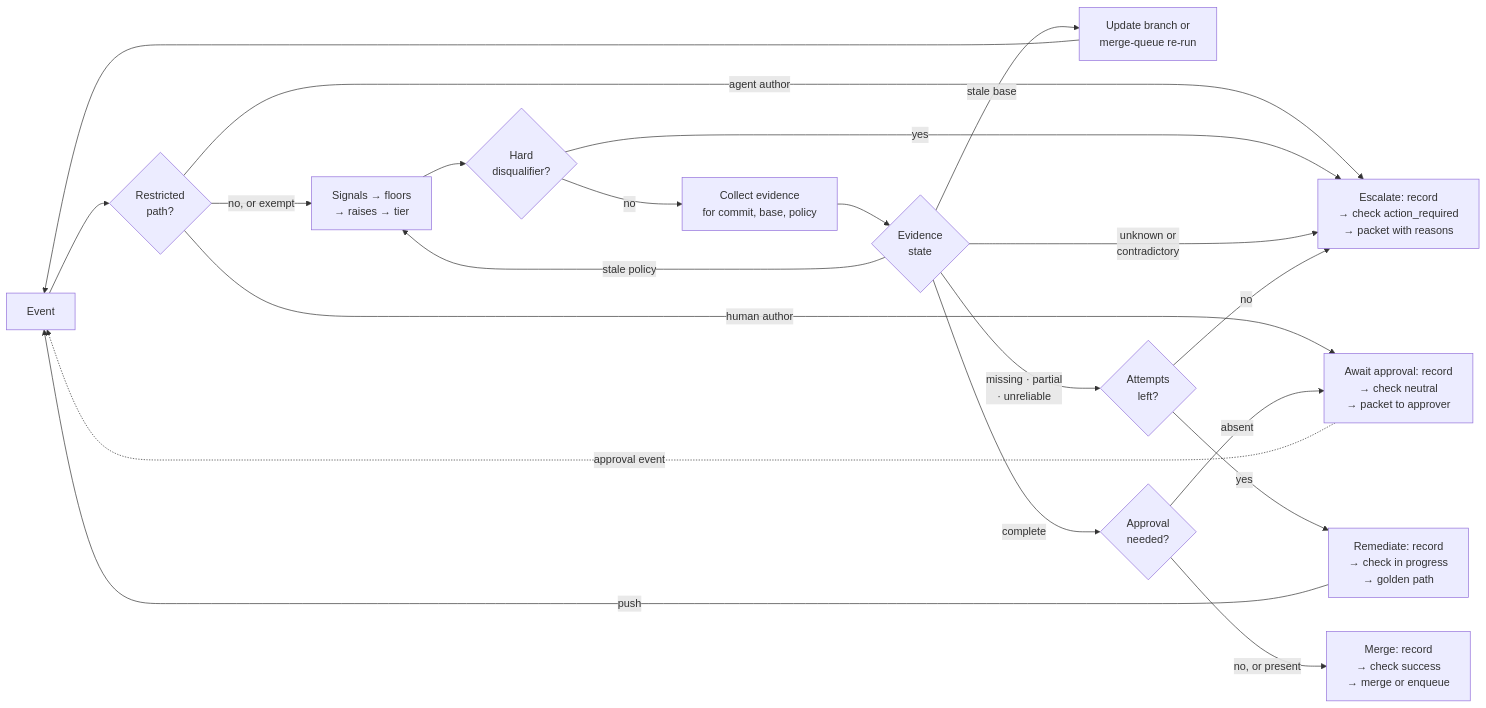
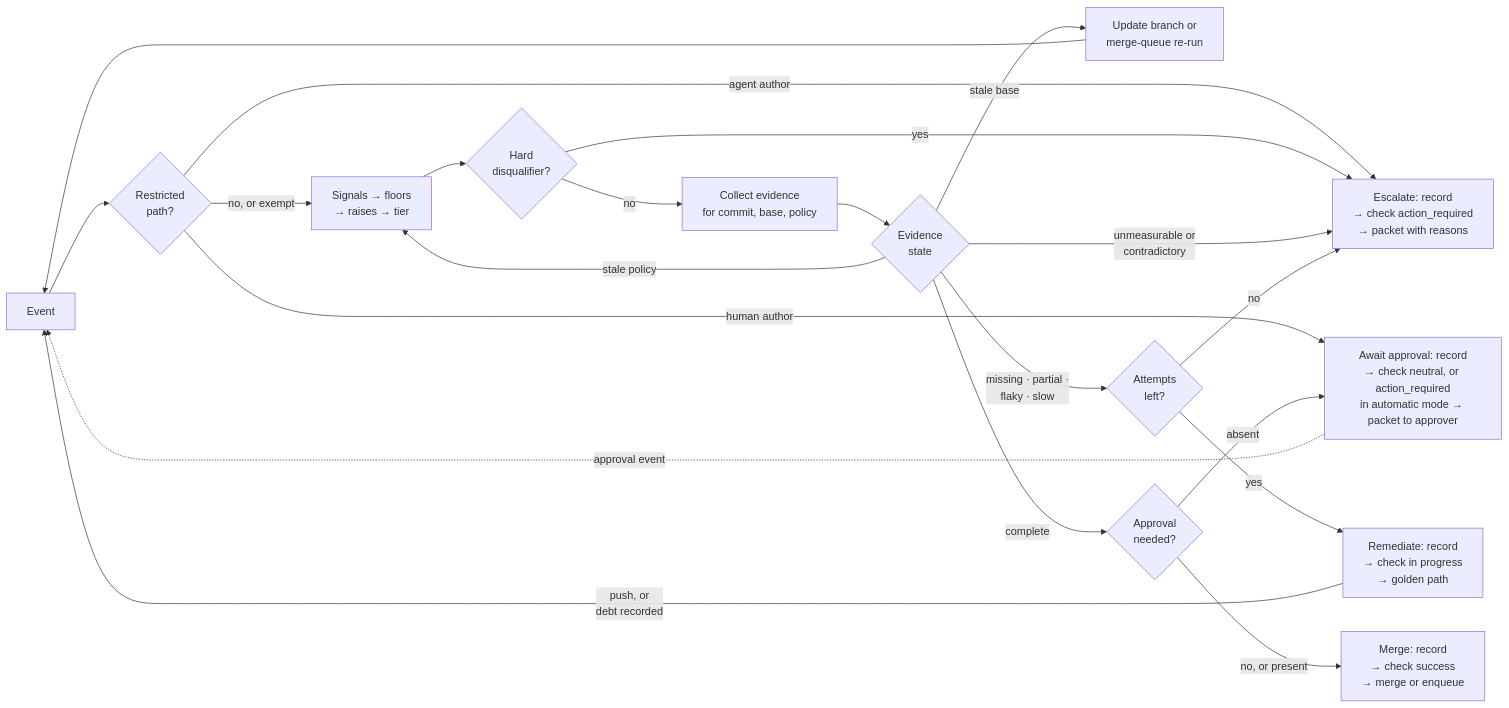
Before and after one commit to guyoron1/fullsend: the second of 3 diagrams in docs/proposals/aisdlc-97-architecture-proposal.md, drawn with Mermaid. The commit also changed other lines of this file, not shown here.

First line of the commit message:
docs: tighten the AISDLC-97 architecture proposal to nine pages

````diff
--- a/docs/proposals/aisdlc-97-architecture-proposal.md
+++ b/docs/proposals/aisdlc-97-architecture-proposal.md
@@ -252,22 +218,22 @@
 ```mermaid
 flowchart LR
   E[Event] --> A{Restricted<br/>path?}
   A -- agent author --> X
   A -- human author --> W
   A -- no, or exempt --> B[Signals → floors<br/>→ raises → tier]
   B --> C{Hard<br/>disqualifier?}
   C -- yes --> X
   C -- no --> D[Collect evidence<br/>for commit, base, policy]
   D --> S{Evidence<br/>state}
   S -- stale base --> U[Update branch or<br/>merge-queue re-run] --> E
   S -- stale policy --> B
-  S -- unknown or<br/>contradictory --> X
-  S -- missing · partial<br/>· unreliable --> R{Attempts<br/>left?}
-  R -- yes --> F[Remediate: record<br/>→ check in progress<br/>→ golden path] -- push --> E
+  S -- unmeasurable or<br/>contradictory --> X
+  S -- missing · partial ·<br/>flaky · slow --> R{Attempts<br/>left?}
+  R -- yes --> F[Remediate: record<br/>→ check in progress<br/>→ golden path] -- push, or<br/>debt recorded --> E
   R -- no --> X
   S -- complete --> T{Approval<br/>needed?}
   T -- no, or present --> M[Merge: record<br/>→ check success<br/>→ merge or enqueue]
-  T -- absent --> W[Await approval: record<br/>→ check neutral<br/>→ packet to approver]
+  T -- absent --> W[Await approval: record<br/>→ check neutral, or action_required<br/>in automatic mode → packet to approver]
   W -. approval event .-> E
   X[Escalate: record<br/>→ check action_required<br/>→ packet with reasons]
 ```
````
